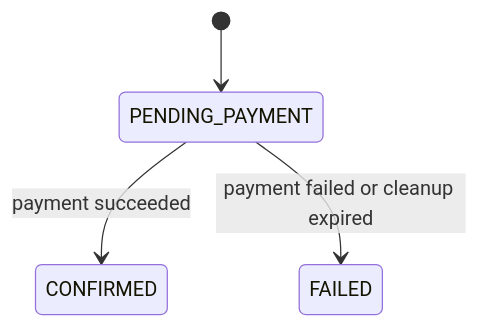
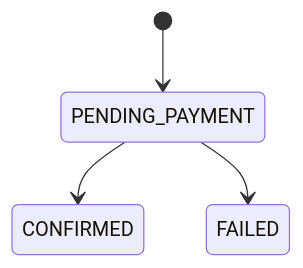
Before and after one commit to conagreen/hello-pani: the second of 3 diagrams in docs/DOMAIN.md, drawn with Mermaid. The commit also changed other lines of this file and 4 other files, not shown here.

````diff
--- a/docs/DOMAIN.md
+++ b/docs/DOMAIN.md
@@ -445,6 +224,6 @@
 ```mermaid
 stateDiagram-v2
     [*] --> PENDING_PAYMENT
-    PENDING_PAYMENT --> CONFIRMED: payment succeeded
-    PENDING_PAYMENT --> FAILED: payment failed or cleanup expired
+    PENDING_PAYMENT --> CONFIRMED
+    PENDING_PAYMENT --> FAILED
 ```
````
